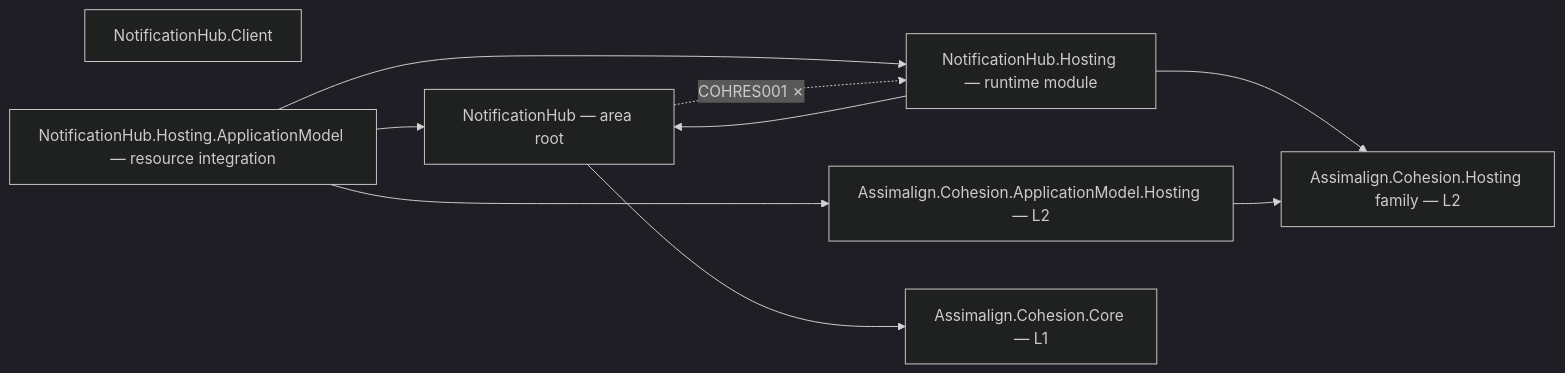
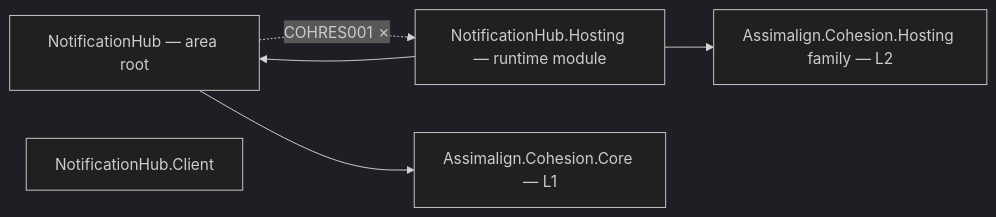
Before and after one commit to assimalign/cohesion: the diagram in resources/NotificationHub/README.md, drawn with Mermaid (dark theme). The commit also changed other lines of this file and 141 other files, not shown here.

First line of the commit message:
docs(application-model): remove the old model from rules and docs

````diff
--- a/resources/NotificationHub/README.md
+++ b/resources/NotificationHub/README.md
@@ -12,18 +12,12 @@
 ```mermaid
 flowchart LR
     P0["NotificationHub — area root"]
     P2["NotificationHub.Client"]
     P3["NotificationHub.Hosting — runtime module"]
-    PAM["NotificationHub.Hosting.ApplicationModel — resource integration"]
-    AMH["Assimalign.Cohesion.ApplicationModel.Hosting — L2"]
     CORE["Assimalign.Cohesion.Core — L1"]
     HOSTFAM["Assimalign.Cohesion.Hosting family — L2"]
     P0 --> CORE
     P3 --> HOSTFAM
     P3 --> P0
-    PAM --> P3
-    PAM --> P0
-    PAM --> AMH
-    AMH --> HOSTFAM
     P0 -.->|"COHRES001 ✗"| P3
 ```
````
